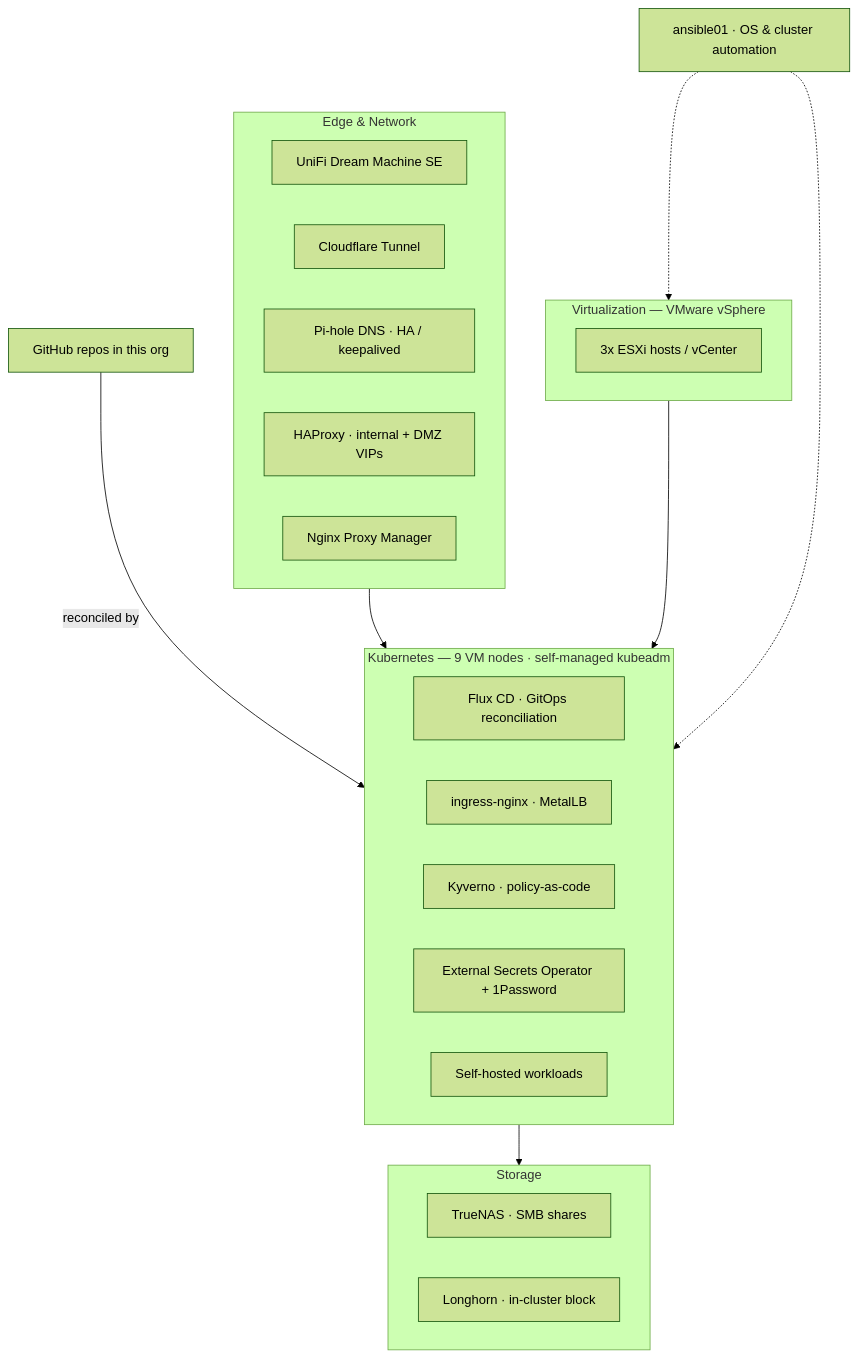
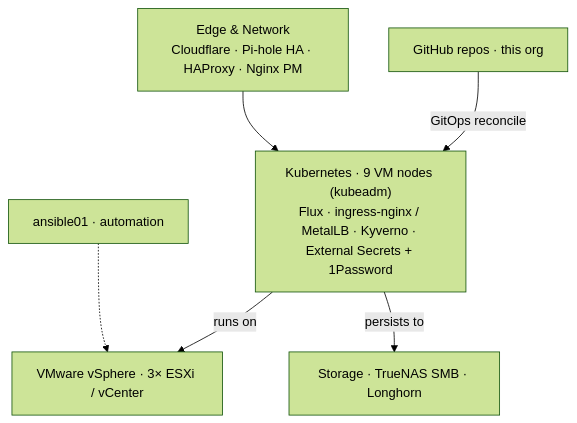
The diagram in profile/README.md (vollminlab/.github), drawn with Mermaid (forest theme) before and after one commit.

Commit message:
Simplify architecture diagram to fit content width

````diff
--- a/profile/README.md
+++ b/profile/README.md
@@ -13,41 +13,9 @@
 ```mermaid
 flowchart TB
-    GH["GitHub repos in this org"]
-
-    subgraph edge["Edge & Network"]
-        direction LR
-        UDM["UniFi Dream Machine SE"]
-        CF["Cloudflare Tunnel"]
-        PH["Pi-hole DNS · HA / keepalived"]
-        HAP["HAProxy · internal + DMZ VIPs"]
-        NPM["Nginx Proxy Manager"]
-    end
-
-    subgraph virt["Virtualization — VMware vSphere"]
-        ESXi["3x ESXi hosts / vCenter"]
-    end
-
-    subgraph cluster["Kubernetes — 9 VM nodes · self-managed kubeadm"]
-        direction LR
-        FLUX["Flux CD · GitOps reconciliation"]
-        ING["ingress-nginx · MetalLB"]
-        KYV["Kyverno · policy-as-code"]
-        ESO["External Secrets Operator + 1Password"]
-        APPS["Self-hosted workloads"]
-    end
-
-    subgraph storage["Storage"]
-        direction LR
-        TN["TrueNAS · SMB shares"]
-        LH["Longhorn · in-cluster block"]
-    end
-
-    ANS["ansible01 · OS & cluster automation"]
-
-    GH -->|reconciled by| FLUX
-    edge --> cluster
-    virt --> cluster
-    cluster --> storage
-    ANS -.-> virt
-    ANS -.-> cluster
+    GH["GitHub repos · this org"] -->|GitOps reconcile| K8S
+    EDGE["Edge & Network<br/>Cloudflare · Pi-hole HA · HAProxy · Nginx PM"] --> K8S
+    K8S["Kubernetes · 9 VM nodes (kubeadm)<br/>Flux · ingress-nginx / MetalLB · Kyverno · External Secrets + 1Password"]
+    K8S -->|runs on| VIRT["VMware vSphere · 3× ESXi / vCenter"]
+    K8S -->|persists to| STORE["Storage · TrueNAS SMB · Longhorn"]
+    ANS["ansible01 · automation"] -.-> VIRT
 ```
````
